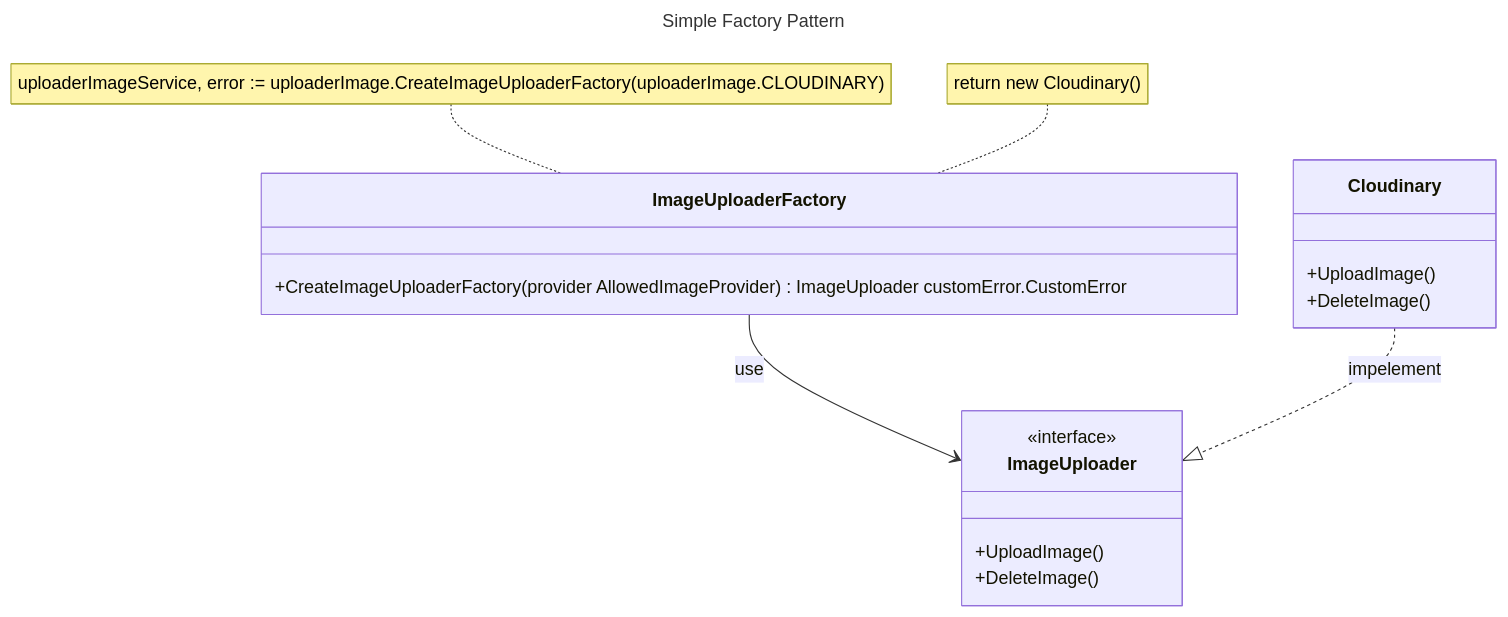
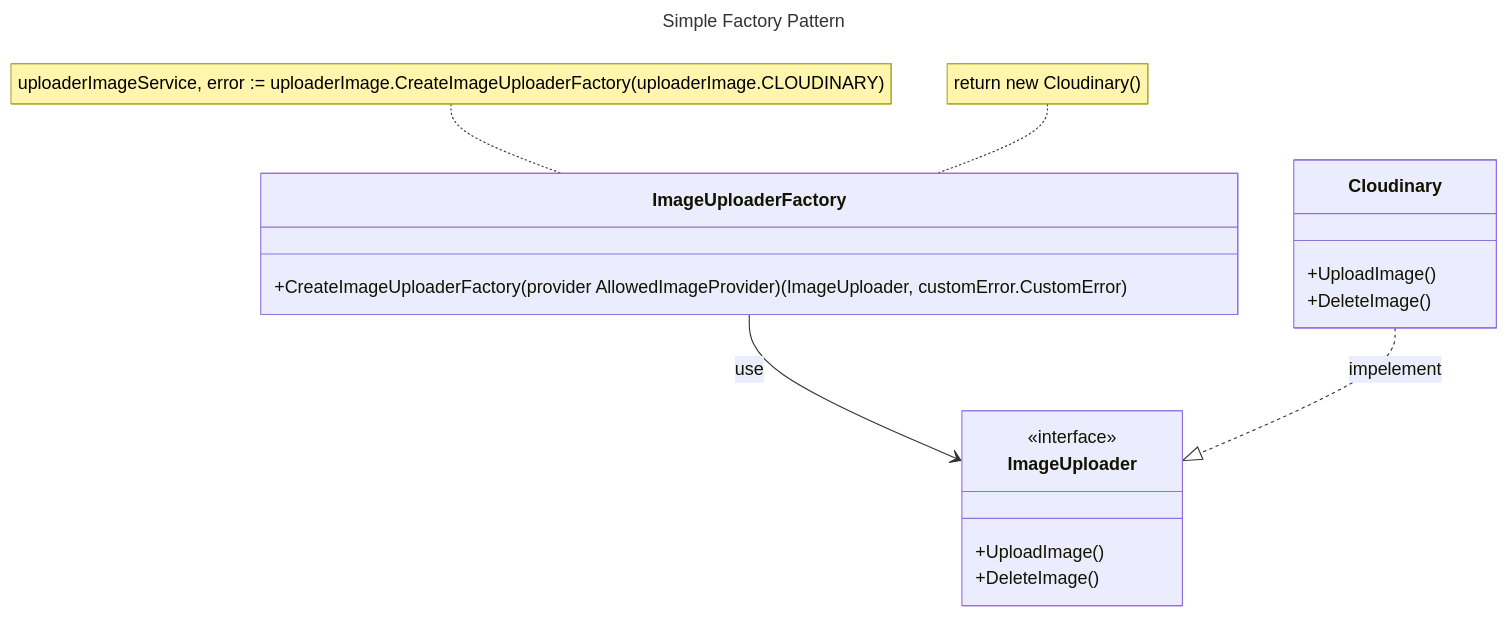
Before and after one commit to nahuelDev23/mermaid: the second of 2 diagrams in readme.md, drawn with Mermaid.

````diff
--- a/readme.md
+++ b/readme.md
@@ -47,27 +47,27 @@
 ```mermaid
 ---
 title: Simple Factory Pattern
 ---
 classDiagram
 
  note for ImageUploaderFactory "uploaderImageService, error := uploaderImage.CreateImageUploaderFactory(uploaderImage.CLOUDINARY)"
   note for ImageUploaderFactory "return new Cloudinary()"
  class ImageUploaderFactory{
- +CreateImageUploaderFactory(provider AllowedImageProvider) ImageUploader customError.CustomError
+ +CreateImageUploaderFactory(provider AllowedImageProvider) (ImageUploader, customError.CustomError)
  }
  
   class ImageUploader{
   +UploadImage()
   +DeleteImage()
  }
  <<interface>> ImageUploader
  
  ImageUploaderFactory --> ImageUploader : use
  
  class Cloudinary{
  +UploadImage()
   +DeleteImage()
  }  
  
  Cloudinary ..|> ImageUploader : impelement
  ```
````
